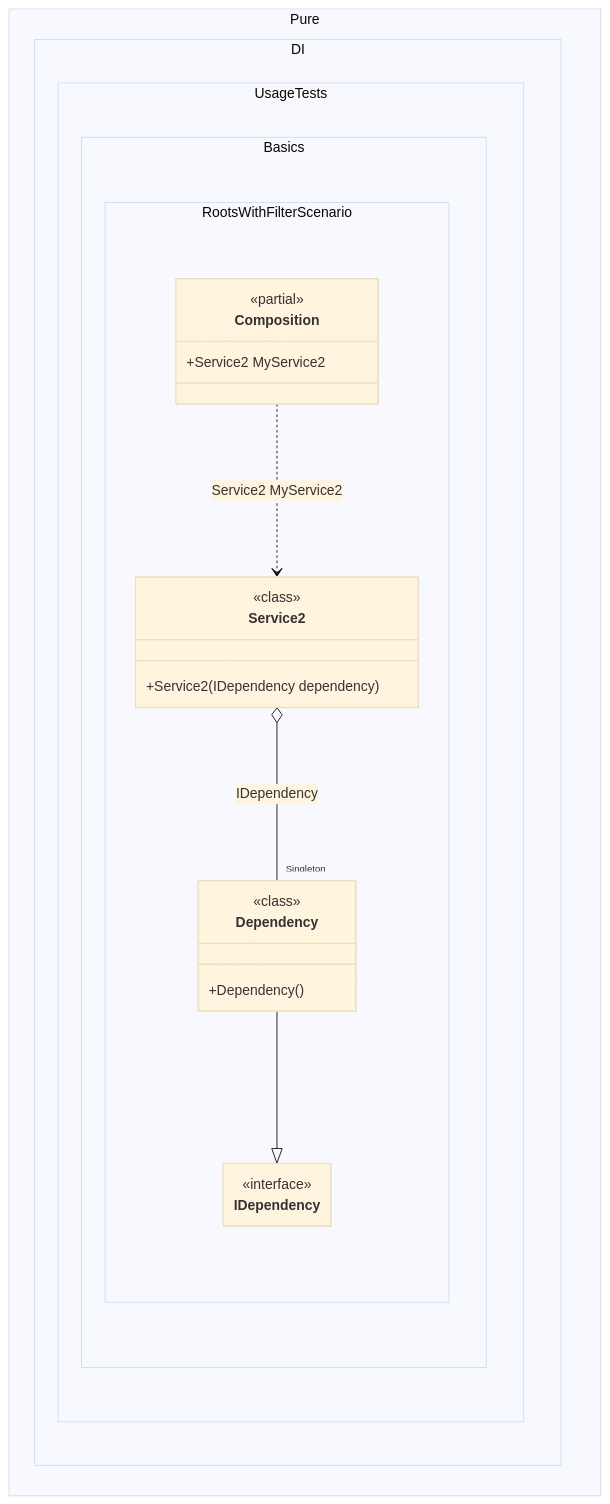
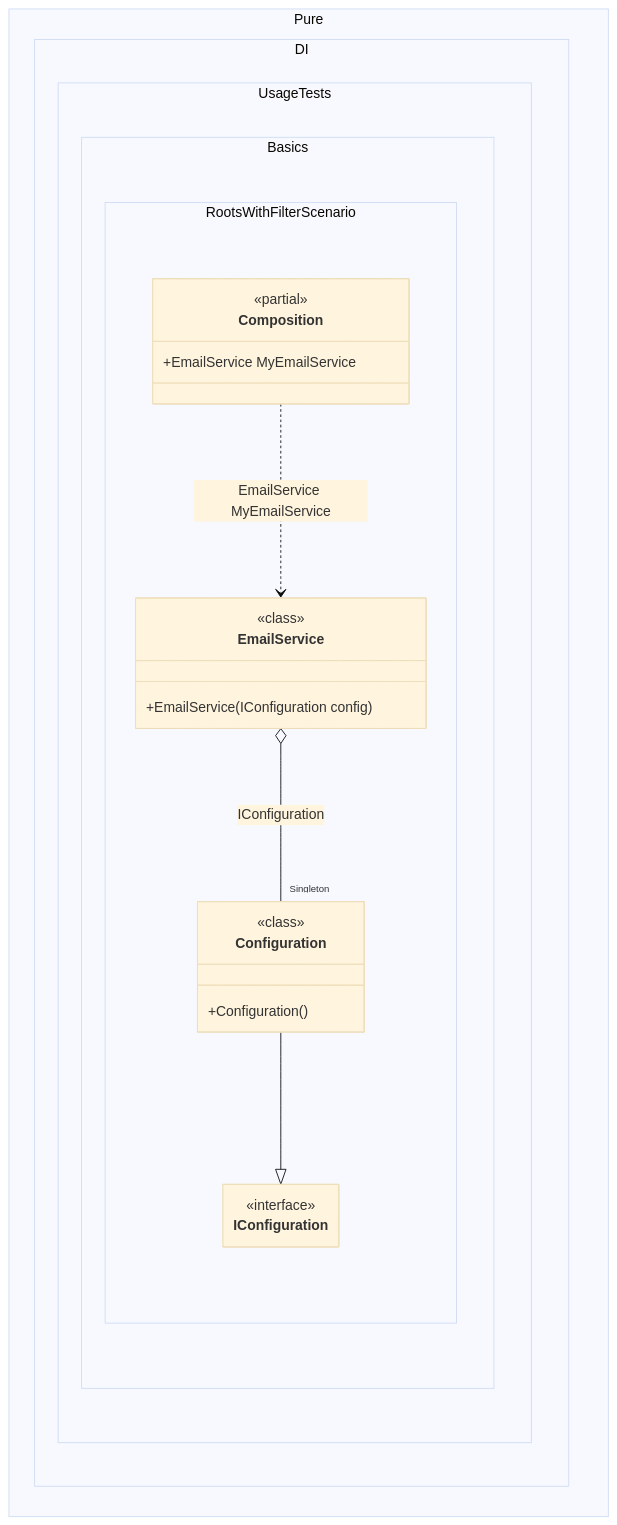
Before and after one commit to DevTeam/Pure.DI: the diagram in readme/roots-with-filter.md, drawn with Mermaid (base theme). The commit also changed other lines of this file and 126 other files, not shown here.

````diff
--- a/readme/roots-with-filter.md
+++ b/readme/roots-with-filter.md
@@ -104,30 +106,30 @@
 ```mermaid
 ---
  config:
   maxTextSize: 2147483647
   maxEdges: 2147483647
   class:
    hideEmptyMembersBox: true
 ---
 classDiagram
-	Dependency --|> IDependency
-	Composition ..> Service2 : Service2 MyService2
-	Service2 o-- "Singleton" Dependency : IDependency
+	Configuration --|> IConfiguration
+	Composition ..> EmailService : EmailService MyEmailService
+	EmailService o-- "Singleton" Configuration : IConfiguration
 	namespace Pure.DI.UsageTests.Basics.RootsWithFilterScenario {
 		class Composition {
 		<<partial>>
-		+Service2 MyService2
+		+EmailService MyEmailService
 		}
-		class Dependency {
+		class Configuration {
 				<<class>>
-			+Dependency()
+			+Configuration()
 		}
-		class IDependency {
+		class EmailService {
+				<<class>>
+			+EmailService(IConfiguration config)
+		}
+		class IConfiguration {
 			<<interface>>
-		}
-		class Service2 {
-				<<class>>
-			+Service2(IDependency dependency)
 		}
 	}
 ```
````
